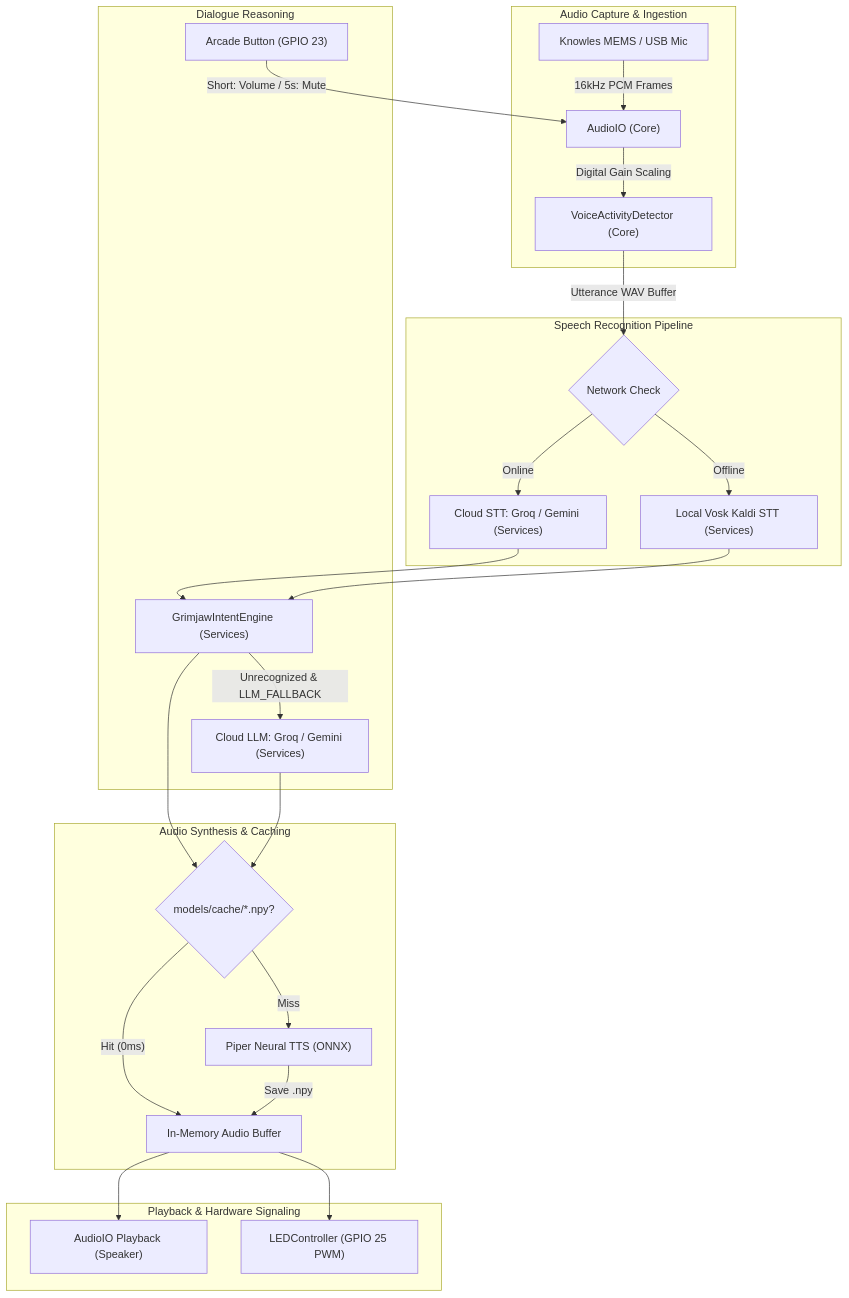
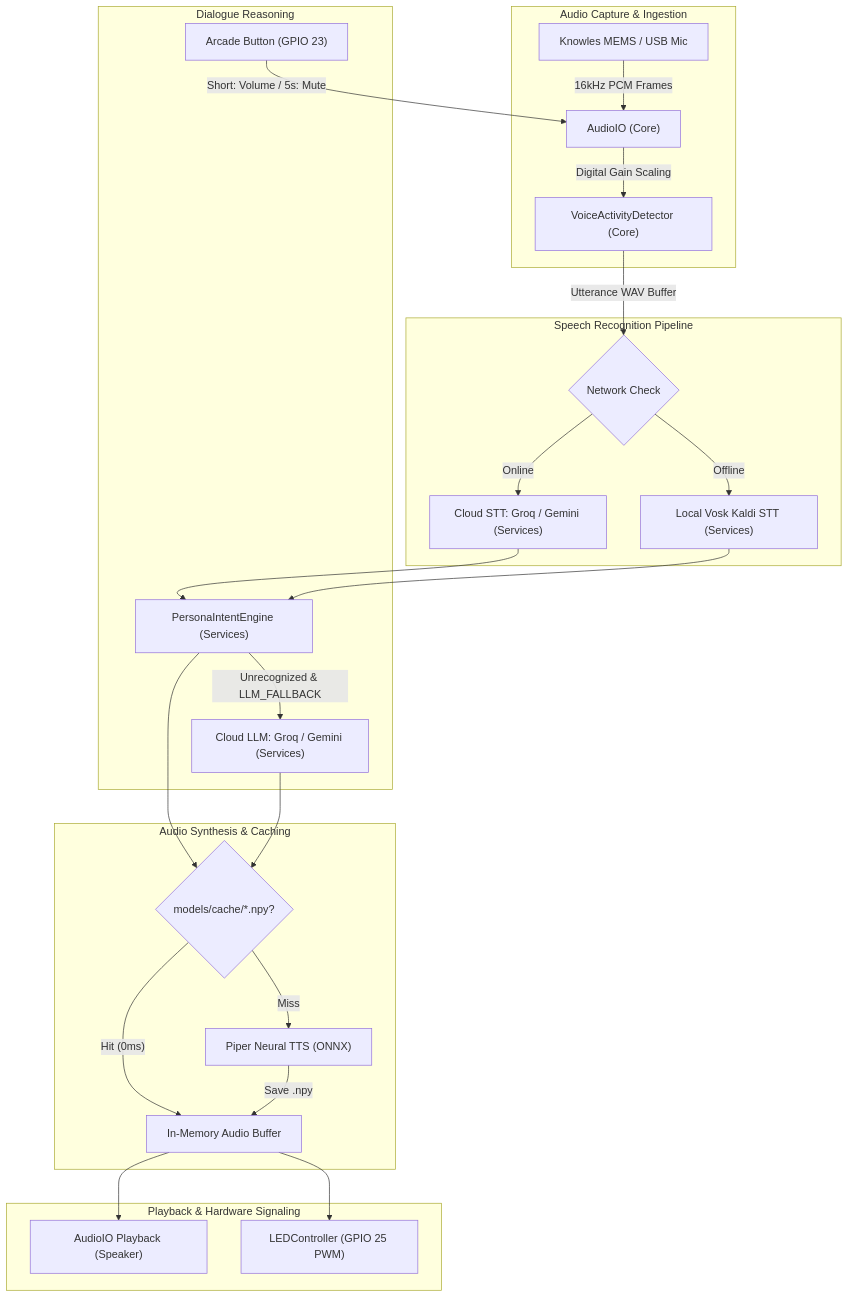
One commit to sancheza/alsageist changed the first of 2 diagrams in docs/architecture.md. Above: the diagram before and after it, drawn with Mermaid. The commit also changed other lines of this file and 51 other files, not shown here.

````diff
--- a/docs/architecture.md
+++ b/docs/architecture.md
@@ -15,33 +15,33 @@
 ```mermaid
 graph TD
     subgraph Audio Capture & Ingestion
         MIC["Knowles MEMS / USB Mic"] -->|16kHz PCM Frames| AIO["AudioIO (Core)"]
         AIO -->|Digital Gain Scaling| VAD["VoiceActivityDetector (Core)"]
     end
 
     subgraph Speech Recognition Pipeline
         VAD -->|Utterance WAV Buffer| NETCHECK{"Network Check"}
         NETCHECK -->|Online| CLOUD_STT["Cloud STT: Groq / Gemini (Services)"]
         NETCHECK -->|Offline| VOSK_STT["Local Vosk Kaldi STT (Services)"]
     end
 
     subgraph Dialogue Reasoning
-        CLOUD_STT --> ENGINE["GrimjawIntentEngine (Services)"]
+        CLOUD_STT --> ENGINE["PersonaIntentEngine (Services)"]
         VOSK_STT --> ENGINE
         ENGINE -->|"Unrecognized & LLM_FALLBACK"| LLM["Cloud LLM: Groq / Gemini (Services)"]
         BUTTON["Arcade Button (GPIO 23)"] -->|"Short: Volume / 5s: Mute"| AIO
     end
 
     subgraph Audio Synthesis & Caching
         ENGINE --> CACHE_CHECK{"models/cache/*.npy?"}
         LLM --> CACHE_CHECK
         CACHE_CHECK -->|"Hit (0ms)"| RAM_CACHE["In-Memory Audio Buffer"]
         CACHE_CHECK -->|Miss| PIPER["Piper Neural TTS (ONNX)"]
         PIPER -->|"Save .npy"| RAM_CACHE
     end
 
     subgraph Playback & Hardware Signaling
         RAM_CACHE --> SPK["AudioIO Playback (Speaker)"]
         RAM_CACHE --> LED["LEDController (GPIO 25 PWM)"]
     end
 ```
````
